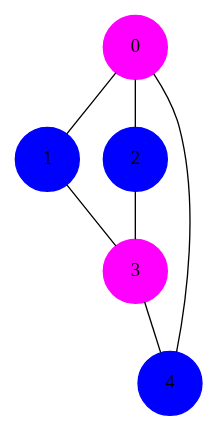
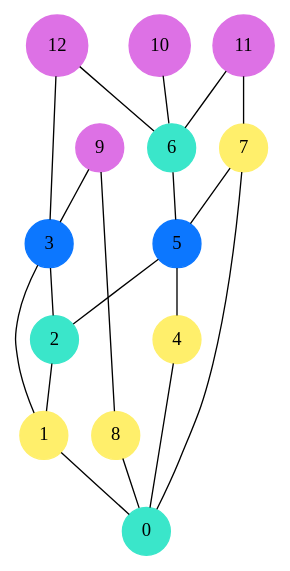
One commit to ksusvuu/cursed changed the diagram in ver2/graph.dot. Above: the diagram before and after it, drawn with Graphviz. The commit also changed 4 other files, not shown here.

```diff
--- a/ver2/graph.dot
+++ b/ver2/graph.dot
@@ -1,14 +1,34 @@
-graph Graph_coloring { 
-	node [shape=circle width=0.66 style=filled]
-	0 [color = magenta label="0"]
-	1 [color = blue label="1"]
-	2 [color = blue label="2"]
-	3 [color = magenta label="3"]
-	4 [color = blue label="4"]
-	0 -- 1;
-	0 -- 2;
-	0 -- 4;
-	1 -- 3;
-	2 -- 3;
-	3 -- 4;
+graph G {
+	node [shape=circle style=filled]
+	0 [color="#3AE6CA"]
+	1 [color="#ffef6b"]
+	2 [color="#3AE6CA"]
+	3 [color="#0c77ff"]
+	4 [color="#ffef6b"]
+	5 [color="#0c77ff"]
+	6 [color="#3AE6CA"]
+	7 [color="#ffef6b"]
+	8 [color="#ffef6b"]
+	9 [color="#dd71e5"]
+	10 [color="#dd71e5"]
+	11 [color="#dd71e5"]
+	12 [color="#dd71e5"]
+	1 -- 0;
+	2 -- 1;
+	3 -- 1;
+	3 -- 2;
+	4 -- 0;
+	5 -- 2;
+	5 -- 4;
+	6 -- 5;
+	7 -- 0;
+	7 -- 5;
+	8 -- 0;
+	9 -- 3;
+	9 -- 8;
+	10 -- 6;
+	11 -- 6;
+	11 -- 7;
+	12 -- 3;
+	12 -- 6;
 }
```
